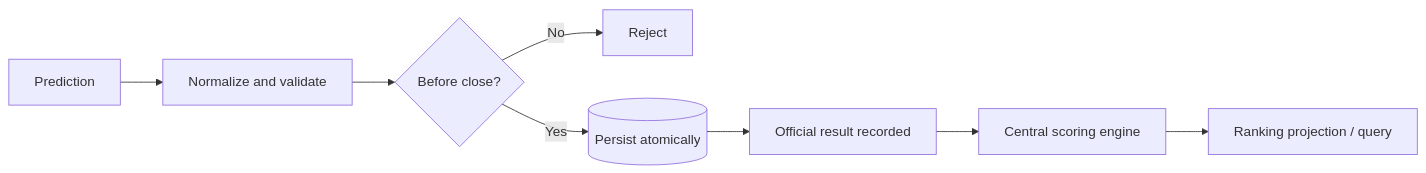
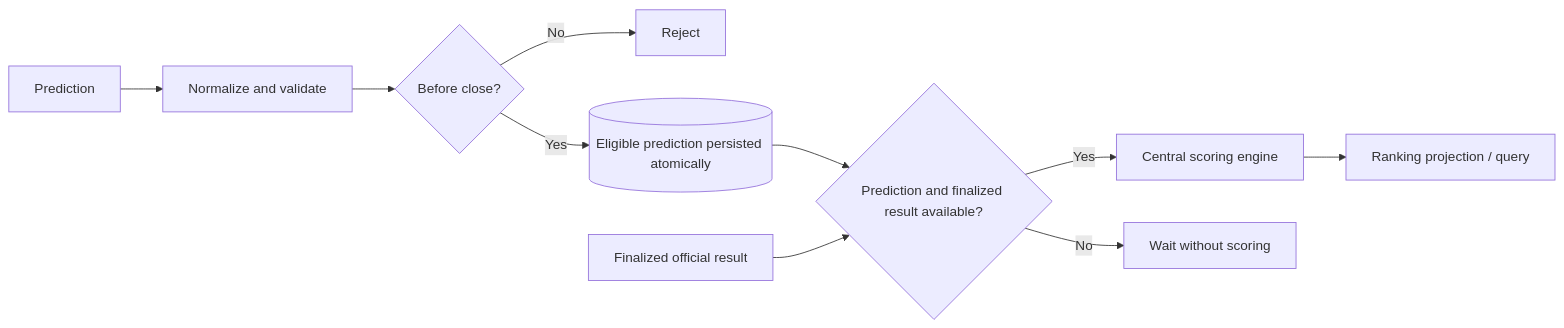
The second of 2 diagrams in README.md (Vladilusion/pickplay-case-study), drawn with Mermaid before and after one commit. The commit also changed other lines of this file and 7 other files, not shown here.

````diff
--- a/README.md
+++ b/README.md
@@ -51,10 +51,12 @@
 ```mermaid
 flowchart LR
     A[Prediction] --> B[Normalize and validate]
     B --> C{Before close?}
     C -- No --> X[Reject]
-    C -- Yes --> D[(Persist atomically)]
-    D --> E[Official result recorded]
-    E --> F[Central scoring engine]
+    C -- Yes --> D[(Eligible prediction persisted atomically)]
+    D --> J{Prediction and finalized result available?}
+    E[Finalized official result] --> J
+    J -- Yes --> F[Central scoring engine]
+    J -- No --> W[Wait without scoring]
     F --> G[Ranking projection / query]
 ```
````
